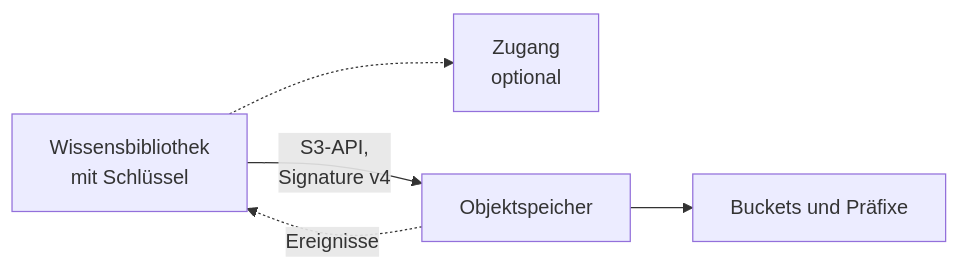
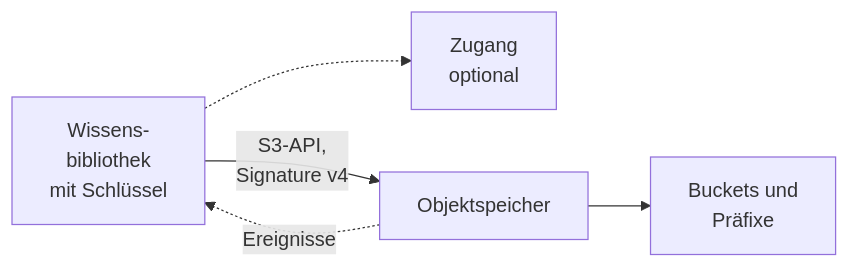
Before and after one commit to criew/opaa: the first of 2 diagrams in docs/handbuch/konnektoren/s3.md, drawn with Mermaid. The commit also changed other lines of this file and 13 other files, not shown here.

First line of the commit message:
docs(handbuch): Mermaid-Beschriftungen umbrechen und Verweise auf Konnektor-Abschnitte nachziehen

````diff
--- a/docs/handbuch/konnektoren/s3.md
+++ b/docs/handbuch/konnektoren/s3.md
@@ -12,7 +12,7 @@
 ```mermaid
 flowchart LR
-    B[Wissensbibliothek<br/>mit Schlüssel] -.-> Z[Zugang<br/>optional]
+    B[Wissens-<br/>bibliothek<br/>mit Schlüssel] -.-> Z[Zugang<br/>optional]
     B -->|S3-API,<br/>Signature v4| S[Objektspeicher]
-    S --> K[Buckets und Präfixe]
+    S --> K[Buckets und<br/>Präfixe]
     S -.->|Ereignisse| B
 ```
````
